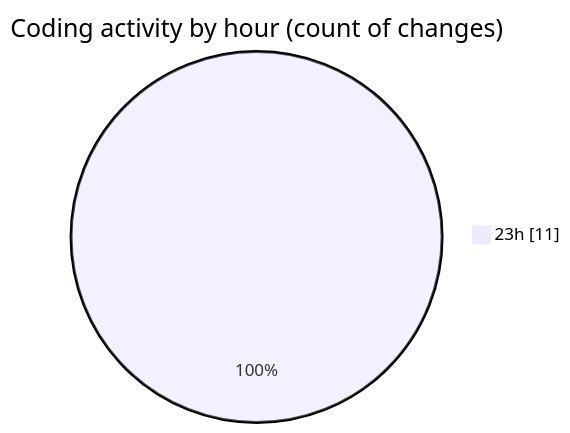
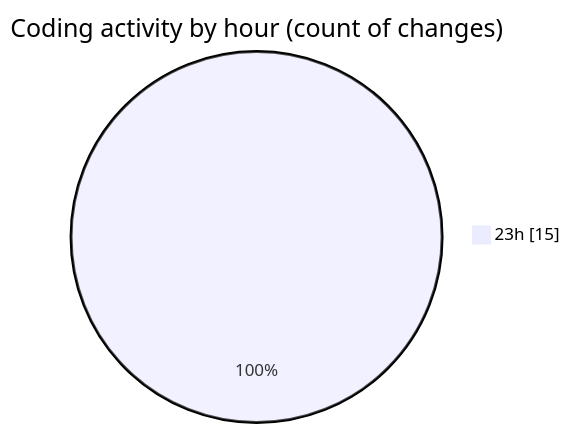
One commit to Elitesun/code-tracking changed the second of 2 diagrams in 2025-01-30/react/README.md. Above: the diagram before and after it, drawn with Mermaid. The commit also changed other lines of this file and 2 other files, not shown here.

````diff
--- a/2025-01-30/react/README.md
+++ b/2025-01-30/react/README.md
@@ -29,5 +31,5 @@
 ```mermaid
 pie showData
 title Coding activity by hour (count of changes)
-"23h" : 11
+"23h" : 15
 ```
````
